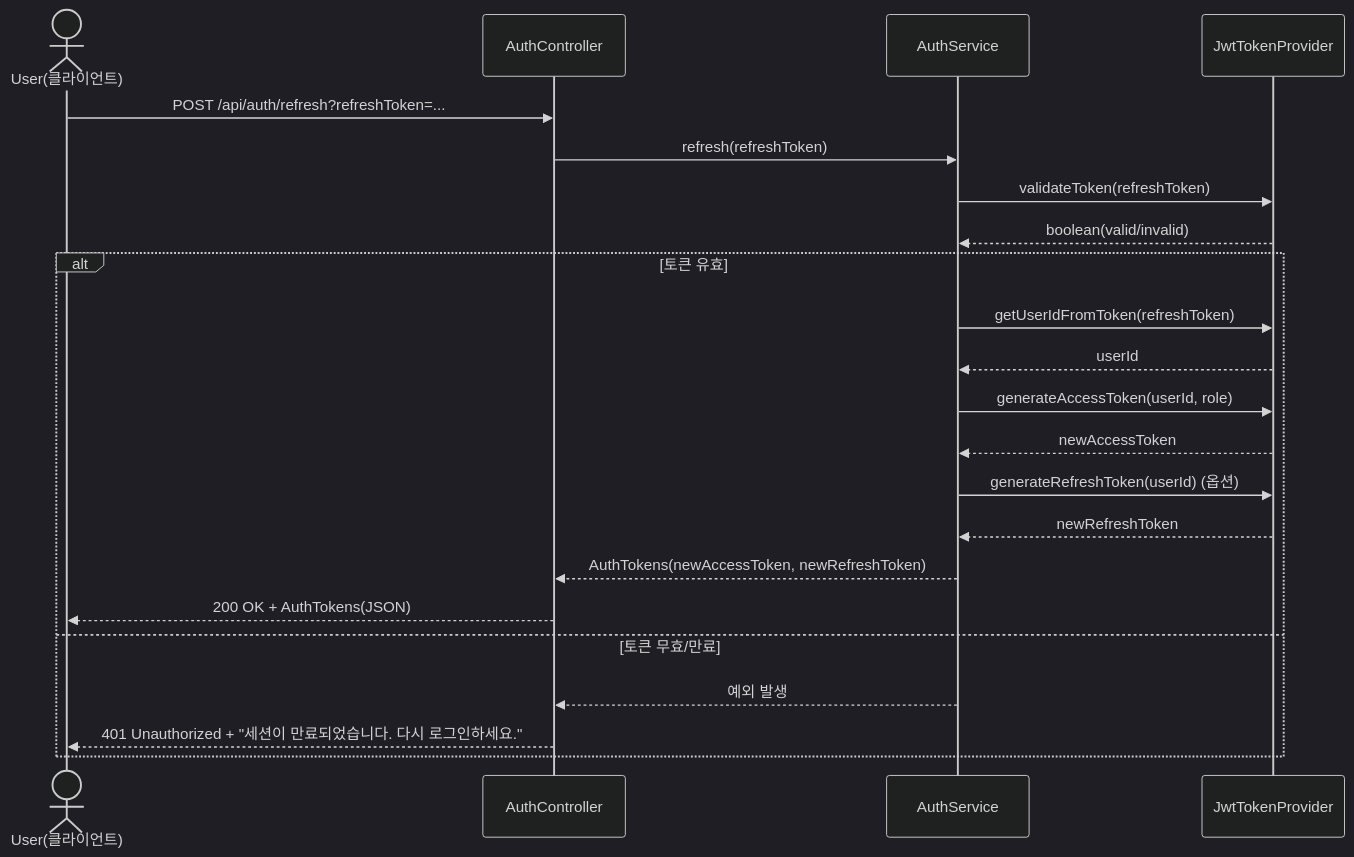
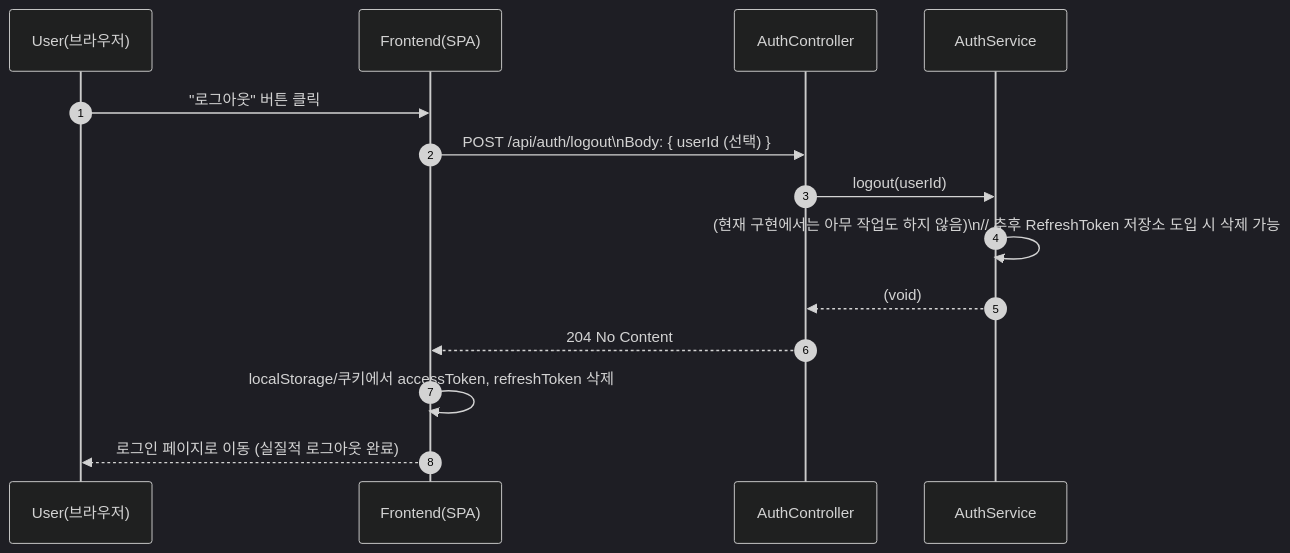
Before and after one commit to OHWCH/se_dev: the seventh of 44 diagrams in SDS_[깃라잡이].md, drawn with Mermaid (dark theme). The commit also changed other lines of this file, not shown here.

````diff
--- a/SDS_[깃라잡이].md
+++ b/SDS_[깃라잡이].md
@@ -4859,32 +4805,23 @@
 ```mermaid
 sequenceDiagram
-    actor U as User(클라이언트)
+    autonumber
+    participant U as User(브라우저)
+    participant FE as Frontend(SPA)
     participant AC as AuthController
     participant AS as AuthService
-    participant JP as JwtTokenProvider
 
-    U->>AC: POST /api/auth/refresh?refreshToken=...
-    AC->>AS: refresh(refreshToken)
+    U->>FE: "로그아웃" 버튼 클릭
+    FE->>AC: POST /api/auth/logout\nBody: { userId (선택) }
 
-    AS->>JP: validateToken(refreshToken)
-    JP-->>AS: boolean(valid/invalid)
+    AC->>AS: logout(userId)
+    AS->>AS: (현재 구현에서는 아무 작업도 하지 않음)\n// 추후 RefreshToken 저장소 도입 시 삭제 가능
+    AS-->>AC: (void)
 
-    alt 토큰 유효
-        AS->>JP: getUserIdFromToken(refreshToken)
-        JP-->>AS: userId
+    AC-->>FE: 204 No Content
 
-        AS->>JP: generateAccessToken(userId, role)
-        JP-->>AS: newAccessToken
+    FE->>FE: localStorage/쿠키에서 accessToken, refreshToken 삭제
+    FE-->>U: 로그인 페이지로 이동 (실질적 로그아웃 완료)
 
-        AS->>JP: generateRefreshToken(userId) (옵션)
-        JP-->>AS: newRefreshToken
-
-        AS-->>AC: AuthTokens(newAccessToken, newRefreshToken)
-        AC-->>U: 200 OK + AuthTokens(JSON)
-    else 토큰 무효/만료
-        AS-->>AC: 예외 발생
-        AC-->>U: 401 Unauthorized + "세션이 만료되었습니다. 다시 로그인하세요."
-    end
 
 
 ```
````
